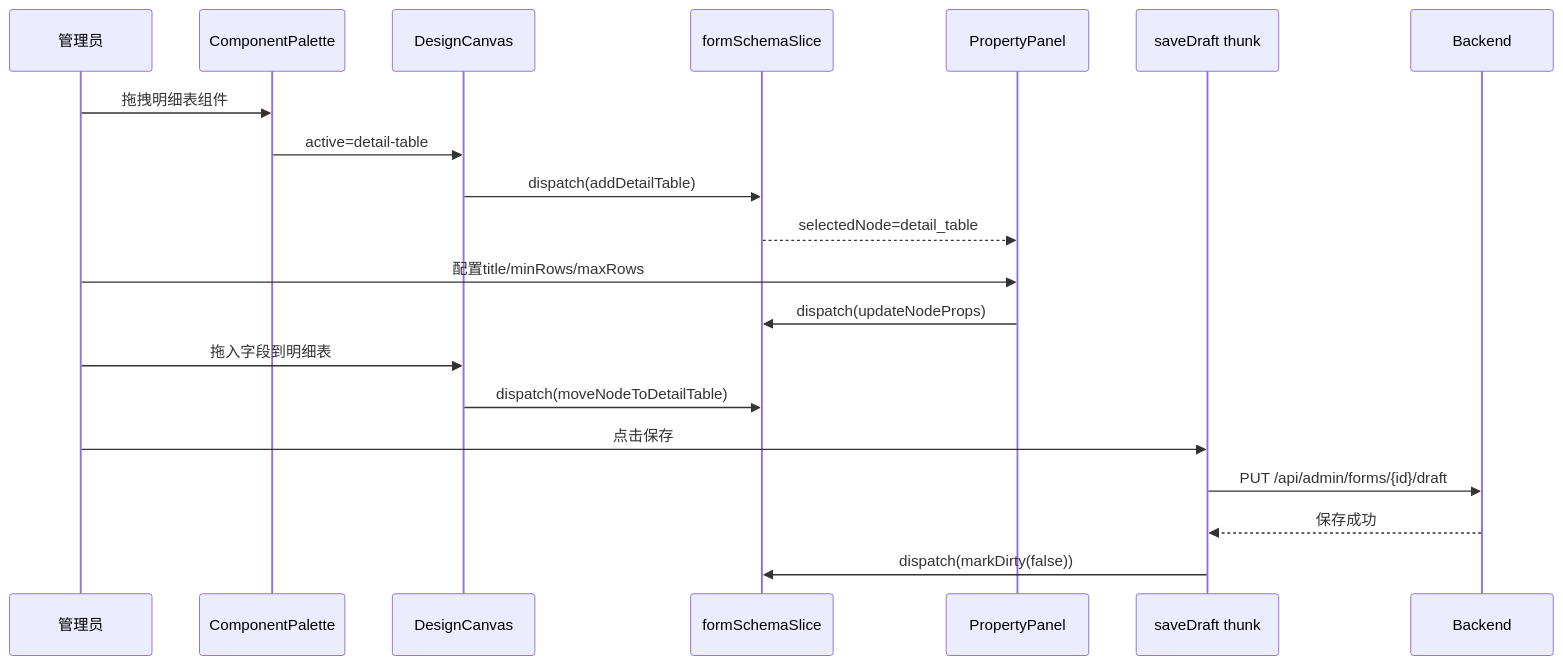
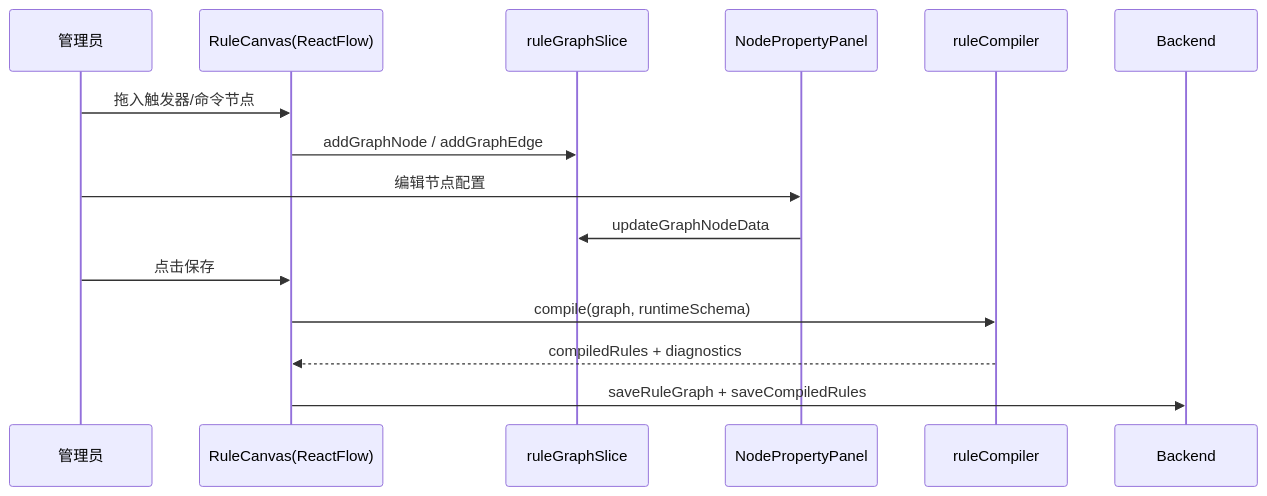
The second of 6 diagrams in docs/设计/03-多表单扩展/前端设计方案/多表单扩展前端设计.md (bulengjianghu/dataapp), drawn with Mermaid before and after one commit. The commit also changed other lines of this file and 1 other file, not shown here.

````diff
--- a/docs/设计/03-多表单扩展/前端设计方案/多表单扩展前端设计.md
+++ b/docs/设计/03-多表单扩展/前端设计方案/多表单扩展前端设计.md
@@ -695,23 +328,18 @@
 ```mermaid
 sequenceDiagram
     participant U as 管理员
-    participant P as ComponentPalette
-    participant C as DesignCanvas
-    participant S as formSchemaSlice
-    participant R as PropertyPanel
-    participant A as saveDraft thunk
-    participant B as Backend
+    participant Canvas as RuleCanvas(ReactFlow)
+    participant Store as ruleGraphSlice
+    participant Panel as NodePropertyPanel
+    participant Compiler as ruleCompiler
+    participant API as Backend
 
-    U->>P: 拖拽明细表组件
-    P->>C: active=detail-table
-    C->>S: dispatch(addDetailTable)
-    S-->>R: selectedNode=detail_table
-    U->>R: 配置title/minRows/maxRows
-    R->>S: dispatch(updateNodeProps)
-    U->>C: 拖入字段到明细表
-    C->>S: dispatch(moveNodeToDetailTable)
-    U->>A: 点击保存
-    A->>B: PUT /api/admin/forms/{id}/draft
-    B-->>A: 保存成功
-    A->>S: dispatch(markDirty(false))
+    U->>Canvas: 拖入触发器/命令节点
+    Canvas->>Store: addGraphNode / addGraphEdge
+    U->>Panel: 编辑节点配置
+    Panel->>Store: updateGraphNodeData
+    U->>Canvas: 点击保存
+    Canvas->>Compiler: compile(graph, runtimeSchema)
+    Compiler-->>Canvas: compiledRules + diagnostics
+    Canvas->>API: saveRuleGraph + saveCompiledRules
 ```
````
